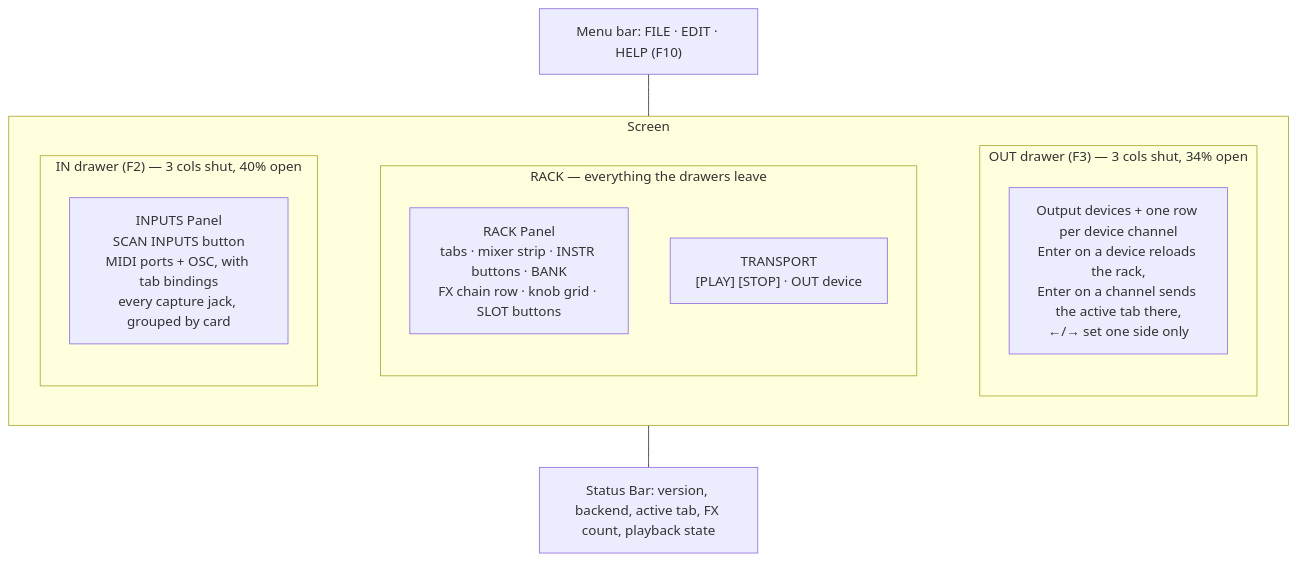
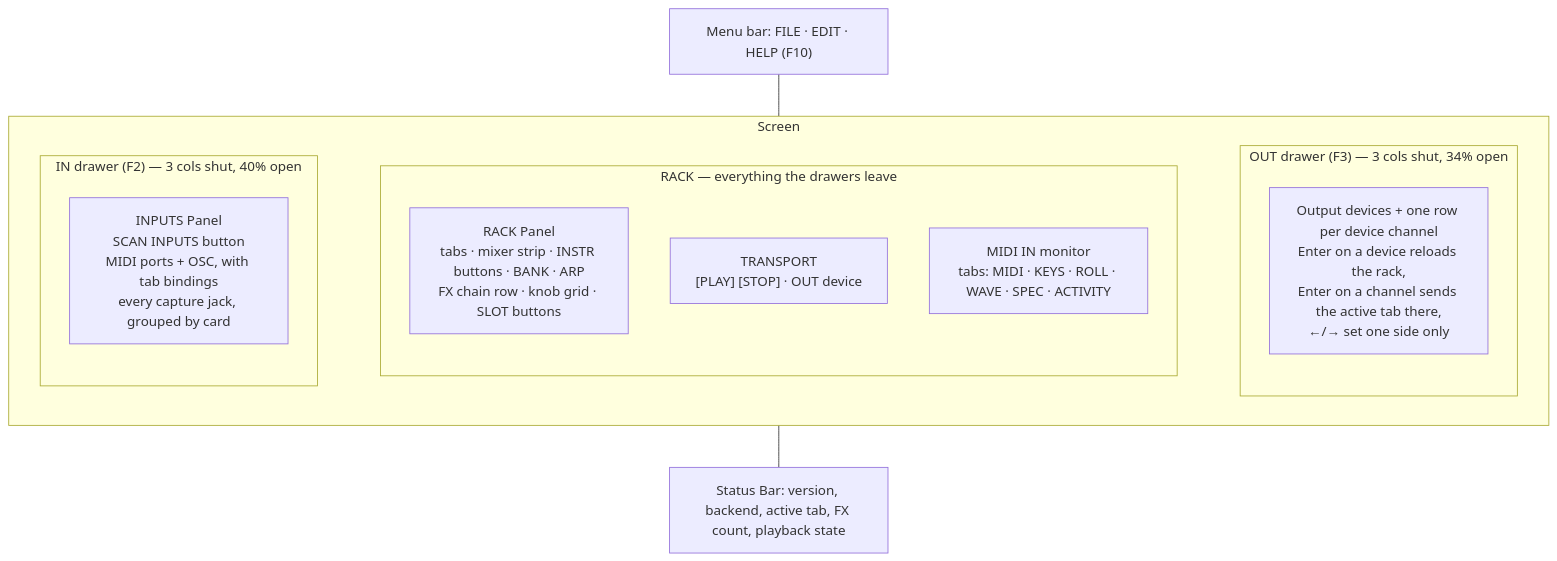
Before and after one commit to jacodelia/choz: the sixth of 8 diagrams in docs/architecture.md, drawn with Mermaid. The commit also changed other lines of this file and 56 other files, not shown here.

````diff
--- a/docs/architecture.md
+++ b/docs/architecture.md
@@ -504,23 +632,24 @@
 ```mermaid
 flowchart TB
     MB["Menu bar: FILE · EDIT · HELP (F10)"]
     subgraph Screen
         direction LR
         subgraph Left["IN drawer (F2) — 3 cols shut, 40% open"]
             SP["INPUTS Panel<br/>SCAN INPUTS button<br/>MIDI ports + OSC, with tab bindings<br/>every capture jack, grouped by card"]
         end
         subgraph Mid["RACK — everything the drawers leave"]
-            FXP["RACK Panel<br/>tabs · mixer strip · INSTR buttons · BANK<br/>FX chain row · knob grid · SLOT buttons"]
+            FXP["RACK Panel<br/>tabs · mixer strip · INSTR buttons · BANK · ARP<br/>FX chain row · knob grid · SLOT buttons"]
             TR["TRANSPORT<br/>[PLAY] [STOP] · OUT device"]
+            MM["MIDI IN monitor<br/>tabs: MIDI · KEYS · ROLL · WAVE · SPEC · ACTIVITY"]
         end
         subgraph Right["OUT drawer (F3) — 3 cols shut, 34% open"]
             OP["Output devices + one row per device channel<br/>Enter on a device reloads the rack,<br/>Enter on a channel sends the active tab there,<br/>←/→ set one side only"]
         end
     end
     SB["Status Bar: version, backend, active tab, FX count, playback state"]
 
     MB --- Screen
     Left ~~~ Mid
     Mid ~~~ Right
     Screen --- SB
 ```
````
